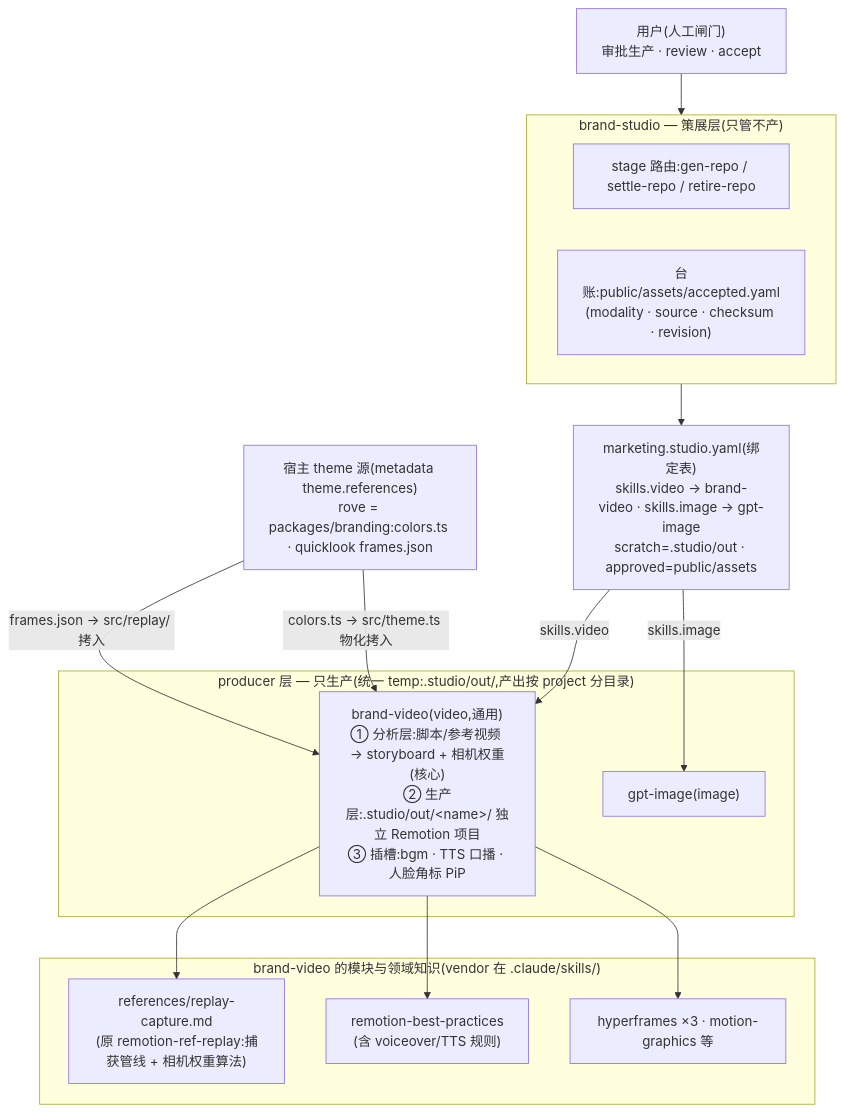
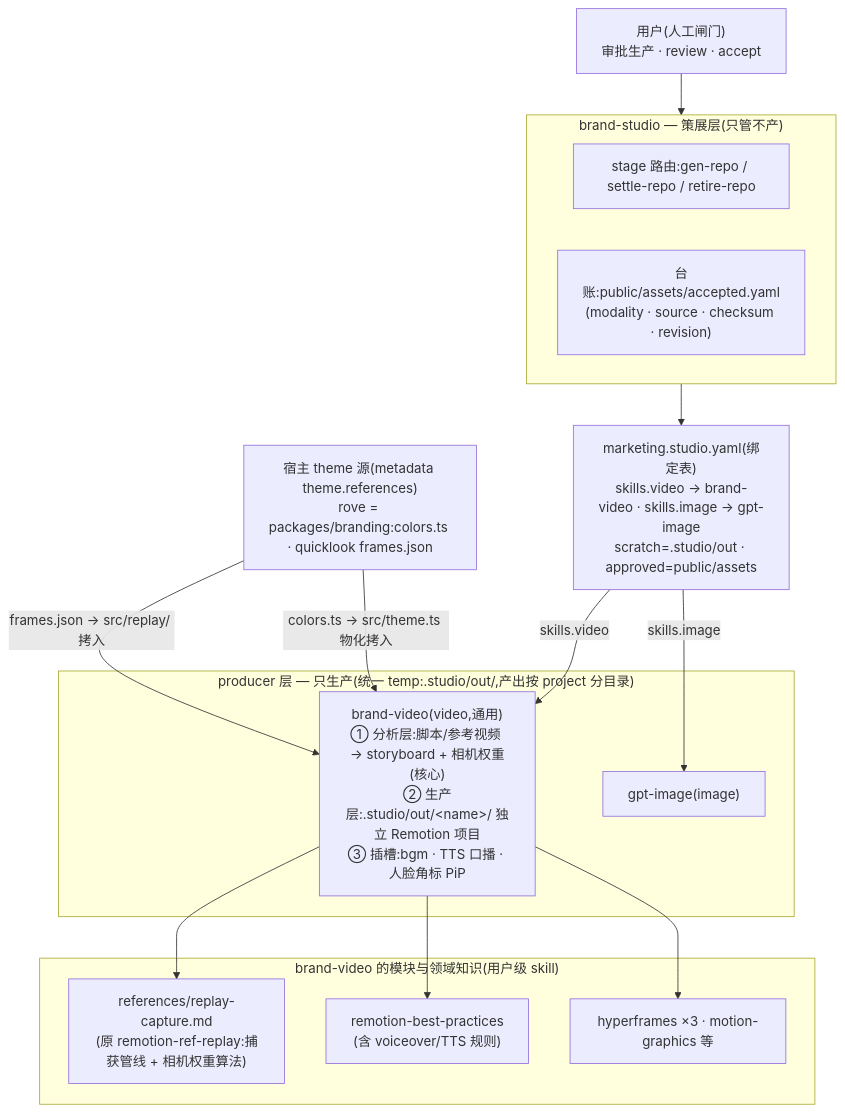
One commit to Sma1lboy/rove changed the first of 2 diagrams in docs/design/brand-studio.md. Above: the diagram before and after it, drawn with Mermaid. The commit also changed other lines of this file and 278 other files, not shown here.

````diff
--- a/docs/design/brand-studio.md
+++ b/docs/design/brand-studio.md
@@ -25,32 +26,32 @@
 ```mermaid
 flowchart TB
   user["用户(人工闸门)<br/>审批生产 · review · accept"]
 
   subgraph studio["brand-studio — 策展层(只管不产)"]
     stages["stage 路由:gen-repo / settle-repo / retire-repo"]
     ledger["台账:public/assets/accepted.yaml<br/>(modality · source · checksum · revision)"]
   end
 
   meta["marketing.studio.yaml(绑定表)<br/>skills.video → brand-video · skills.image → gpt-image<br/>scratch=.studio/out · approved=public/assets"]
 
   subgraph producers["producer 层 — 只生产(统一 temp:.studio/out/,产出按 project 分目录)"]
     bv["brand-video(video,通用)<br/>① 分析层:脚本/参考视频 → storyboard + 相机权重(核心)<br/>② 生产层:.studio/out/&lt;name&gt;/ 独立 Remotion 项目<br/>③ 插槽:bgm · TTS 口播 · 人脸角标 PiP"]
     gi["gpt-image(image)"]
   end
 
-  subgraph modules["brand-video 的模块与领域知识(vendor 在 .claude/skills/)"]
+  subgraph modules["brand-video 的模块与领域知识(用户级 skill)"]
     rc["references/replay-capture.md<br/>(原 remotion-ref-replay:捕获管线 + 相机权重算法)"]
     rbp["remotion-best-practices<br/>(含 voiceover/TTS 规则)"]
     hf["hyperframes ×3 · motion-graphics 等"]
   end
 
   branding["宿主 theme 源(metadata theme.references)<br/>rove = packages/branding:colors.ts · quicklook frames.json"]
 
   user --> studio
   studio --> meta
   meta -->|"skills.video"| bv
   meta -->|"skills.image"| gi
   bv --> rc & rbp & hf
   branding -->|"colors.ts → src/theme.ts 物化拷入"| bv
   branding -->|"frames.json → src/replay/ 拷入"| bv
 ```
````
